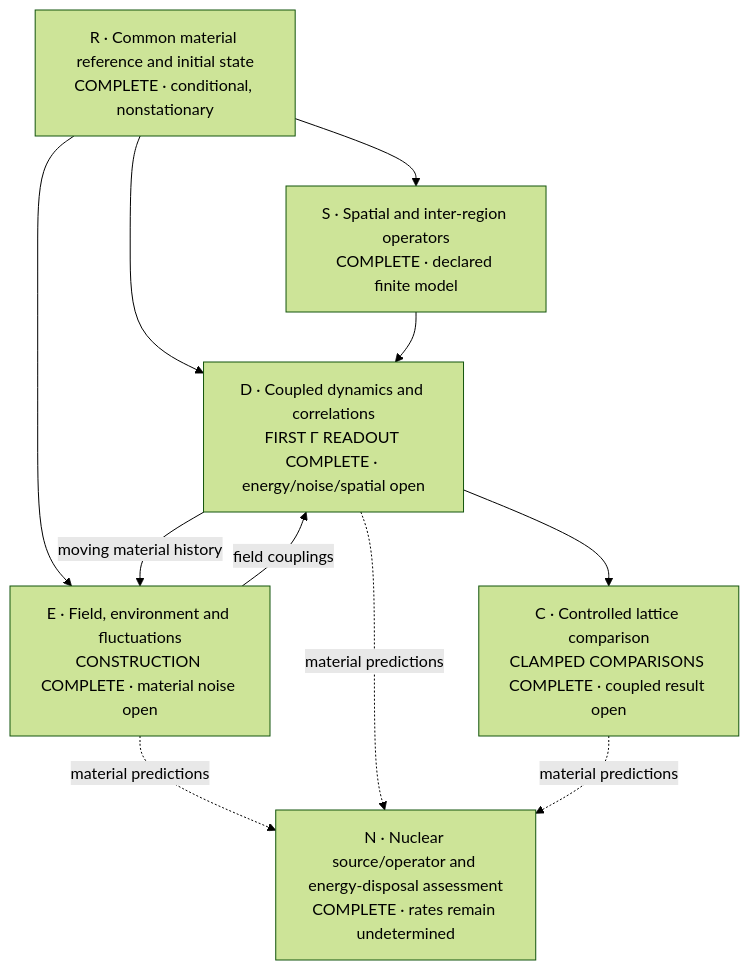
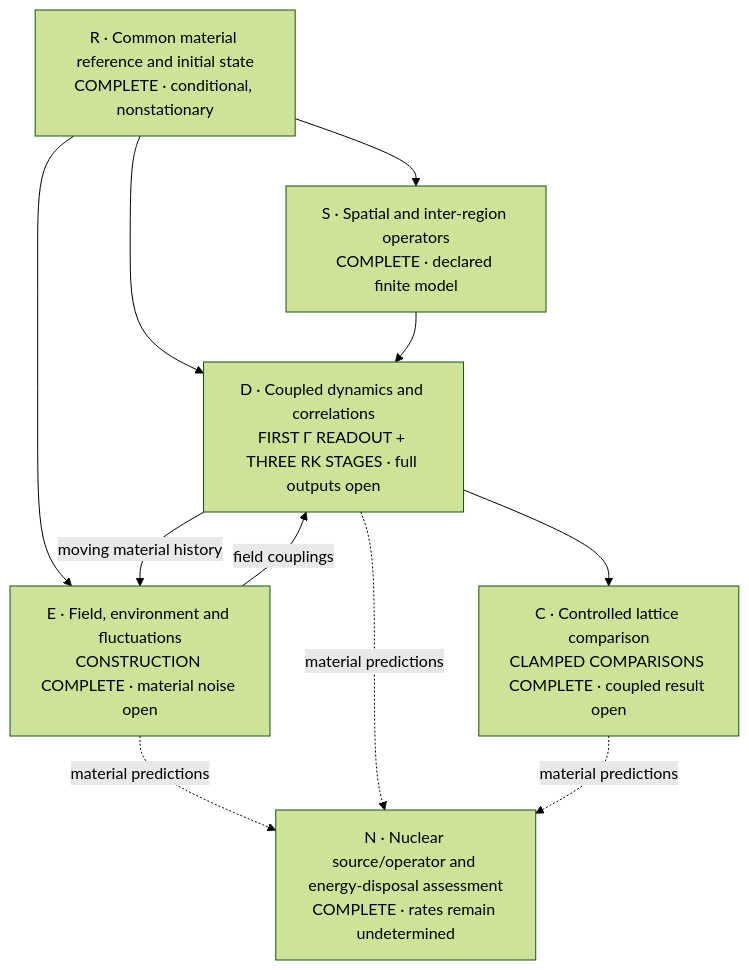
The first of 2 diagrams in proposals/P254-ni-collective-response/SOLUTION.md (giuliano-vantasner/substrate-framework), drawn with Mermaid (forest theme) before and after one commit. The commit also changed other lines of this file and 21 other files, not shown here.

````diff
--- a/proposals/P254-ni-collective-response/SOLUTION.md
+++ b/proposals/P254-ni-collective-response/SOLUTION.md
@@ -16,19 +16,19 @@
 ```mermaid
 flowchart TD
     R["R · Common material reference and initial state\nCOMPLETE · conditional, nonstationary"]
     S["S · Spatial and inter-region operators\nCOMPLETE · declared finite model"]
     E["E · Field, environment and fluctuations\nCONSTRUCTION COMPLETE · material noise open"]
-    D["D · Coupled dynamics and correlations\nFIRST Γ READOUT COMPLETE · energy/noise/spatial open"]
+    D["D · Coupled dynamics and correlations\nFIRST Γ READOUT + THREE RK STAGES · full outputs open"]
     C["C · Controlled lattice comparison\nCLAMPED COMPARISONS COMPLETE · coupled result open"]
     N["N · Nuclear source/operator and energy-disposal assessment\nCOMPLETE · rates remain undetermined"]
     R --> S
     R --> E
     R --> D
     S --> D
     E -- "field couplings" --> D
     D -- "moving material history" --> E
     D --> C
     E -. "material predictions" .-> N
     D -. "material predictions" .-> N
     C -. "material predictions" .-> N
 ```
````
